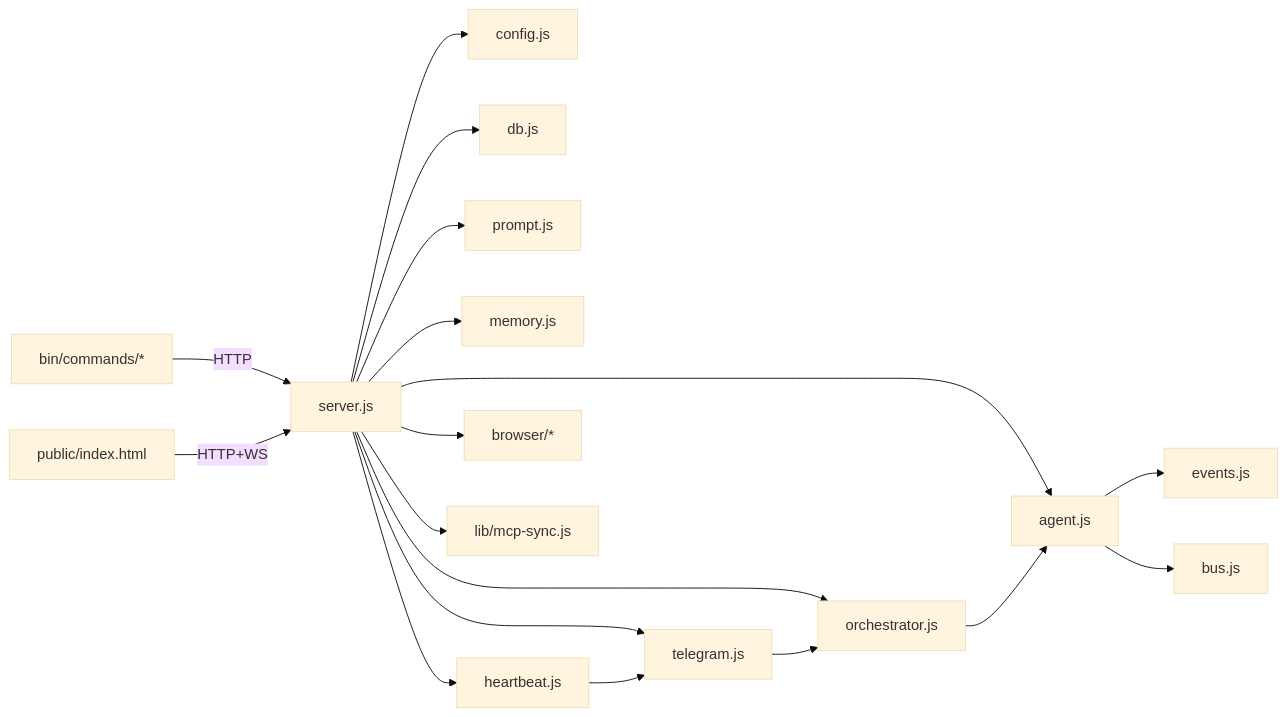
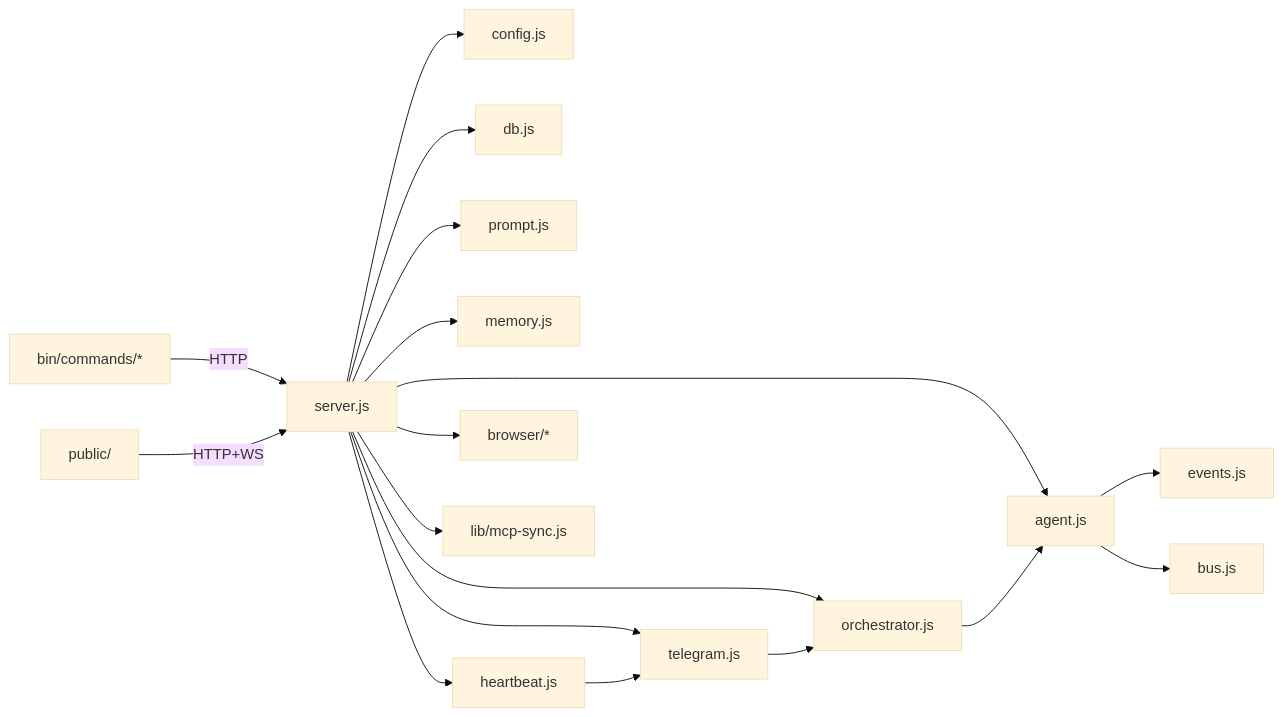
The diagram in devlog/str_func.md (bitkyc08-arch/cli-jaw), drawn with Mermaid (base theme) before and after one commit. The commit also changed other lines of this file and 75 other files, not shown here.

````diff
--- a/devlog/str_func.md
+++ b/devlog/str_func.md
@@ -108,20 +88,20 @@
 ```mermaid
 graph LR
     CLI["bin/commands/*"] -->|HTTP| SRV["server.js"]
-    WEB["public/index.html"] -->|HTTP+WS| SRV
+    WEB["public/"] -->|HTTP+WS| SRV
     SRV --> CFG["config.js"]
     SRV --> DB["db.js"]
     SRV --> AGT["agent.js"]
     SRV --> ORC["orchestrator.js"]
     SRV --> PRM["prompt.js"]
     SRV --> MEM["memory.js"]
     SRV --> TG["telegram.js"]
     SRV --> HB["heartbeat.js"]
     SRV --> BR["browser/*"]
     SRV --> MCP["lib/mcp-sync.js"]
     AGT --> EVT["events.js"]
     AGT --> BUS["bus.js"]
     ORC --> AGT
     TG --> ORC
     HB --> TG
 ```
````
